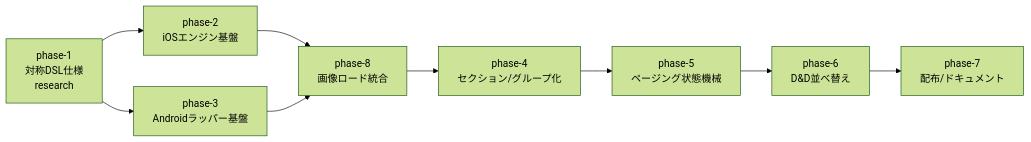
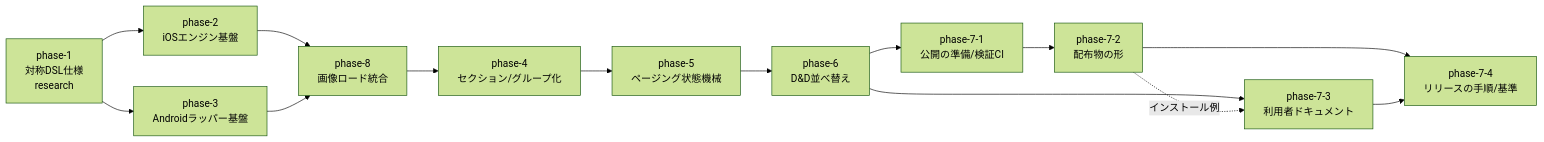
The diagram in kasane/roadmaps/v1-foundation/roadmap.md (kamusoft/KsCollectionView), drawn with Mermaid (forest theme) before and after one commit. The commit also changed other lines of this file and 23 other files, not shown here.

````diff
--- a/kasane/roadmaps/v1-foundation/roadmap.md
+++ b/kasane/roadmaps/v1-foundation/roadmap.md
@@ -36,11 +36,16 @@
 ```mermaid
 graph LR
     P1[phase-1<br/>対称DSL仕様<br/>research] --> P2[phase-2<br/>iOSエンジン基盤]
     P1 --> P3[phase-3<br/>Androidラッパー基盤]
     P2 --> P8[phase-8<br/>画像ロード統合]
     P3 --> P8
     P8 --> P4[phase-4<br/>セクション/グループ化]
     P4 --> P5[phase-5<br/>ページング状態機械]
     P5 --> P6[phase-6<br/>D&D並べ替え]
-    P6 --> P7[phase-7<br/>配布/ドキュメント]
+    P6 --> P71[phase-7-1<br/>公開の準備/検証CI]
+    P71 --> P72[phase-7-2<br/>配布物の形]
+    P6 --> P73[phase-7-3<br/>利用者ドキュメント]
+    P72 -.->|インストール例| P73
+    P72 --> P74[phase-7-4<br/>リリースの手順/基準]
+    P73 --> P74
 ```
````
